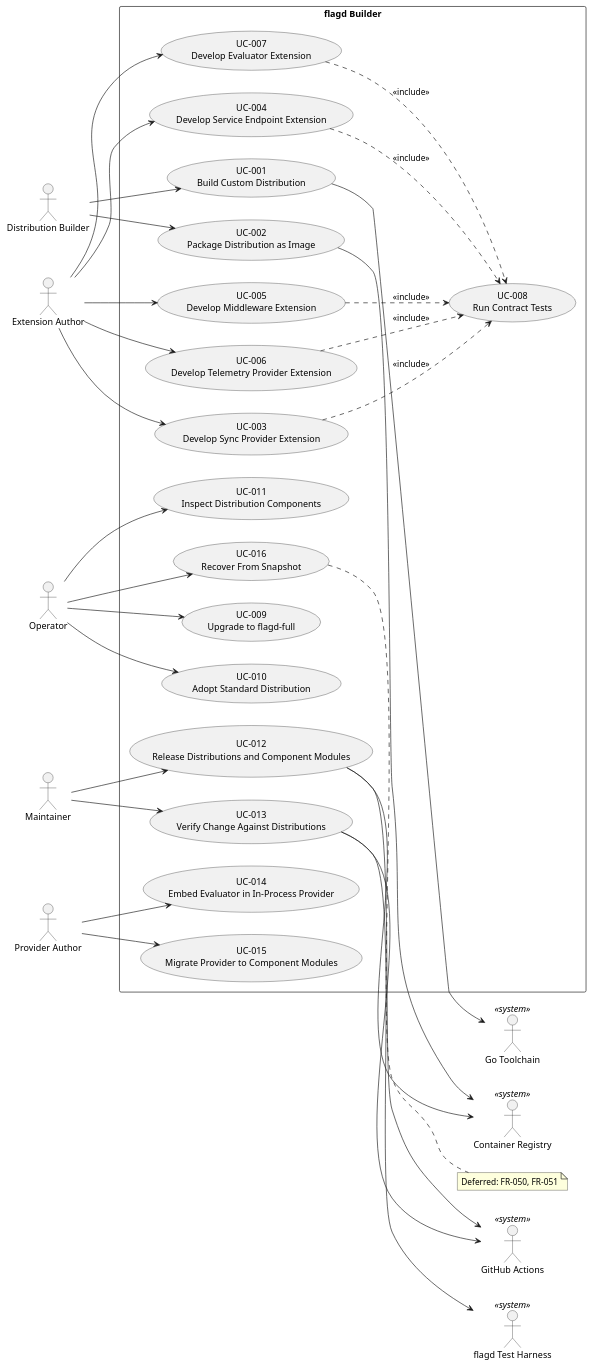
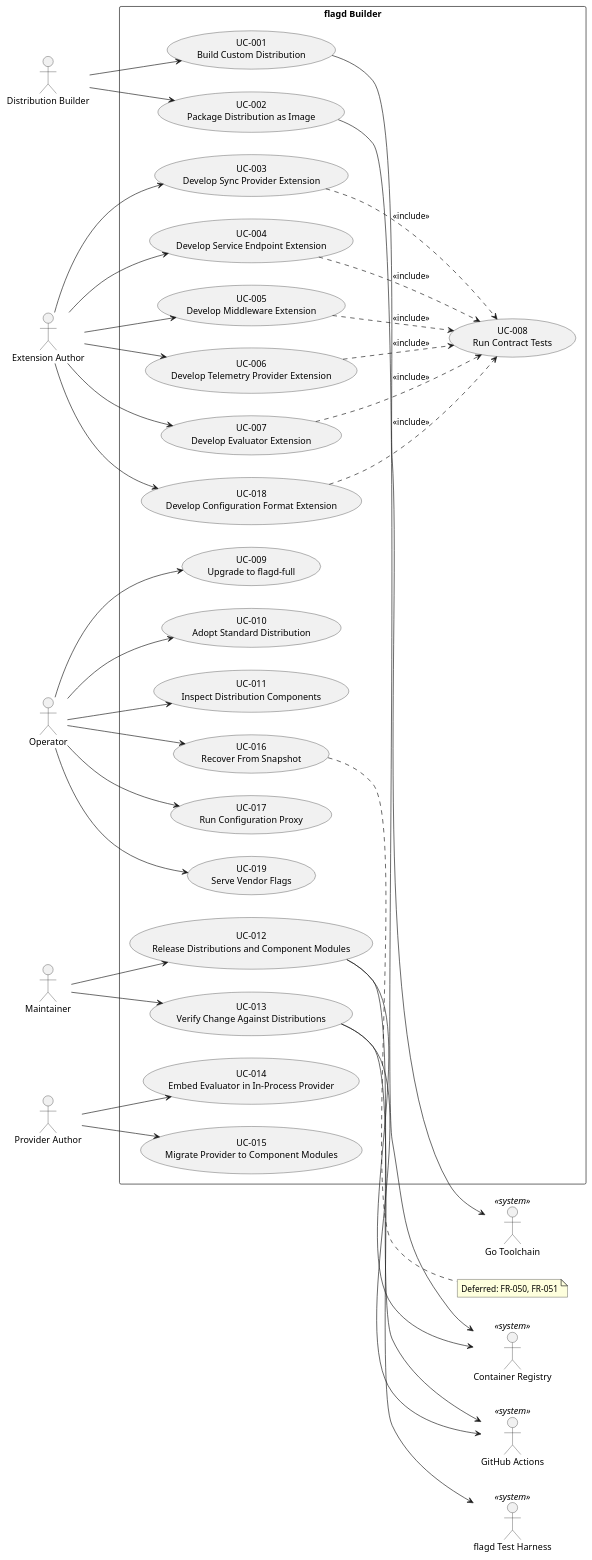
Before and after one commit to open-feature-forking/openfeature-relay: the diagram in docs/use_cases.puml, drawn with PlantUML. The commit also changed 3 other files, not shown here.

Commit message:
docs: add configuration proxy, endpoint combinations and configuration format component type

```diff
--- a/docs/use_cases.puml
+++ b/docs/use_cases.puml
@@ -1,76 +1,84 @@
 @startuml Use Cases Overview
 left to right direction
 
 actor "Distribution Builder" as builder
 actor "Extension Author" as author
 actor "Operator" as operator
 actor "Maintainer" as maintainer
 actor "Provider Author" as provider
 
 actor "Go Toolchain" as go <<system>>
 actor "Container Registry" as registry <<system>>
 actor "GitHub Actions" as ci <<system>>
 actor "flagd Test Harness" as harness <<system>>
 
 rectangle "flagd Builder" {
     usecase "UC-001\nBuild Custom Distribution" as UC001
     usecase "UC-002\nPackage Distribution as Image" as UC002
 
     usecase "UC-003\nDevelop Sync Provider Extension" as UC003
     usecase "UC-004\nDevelop Service Endpoint Extension" as UC004
     usecase "UC-005\nDevelop Middleware Extension" as UC005
     usecase "UC-006\nDevelop Telemetry Provider Extension" as UC006
     usecase "UC-007\nDevelop Evaluator Extension" as UC007
     usecase "UC-008\nRun Contract Tests" as UC008
 
     usecase "UC-009\nUpgrade to flagd-full" as UC009
     usecase "UC-010\nAdopt Standard Distribution" as UC010
     usecase "UC-011\nInspect Distribution Components" as UC011
 
     usecase "UC-012\nRelease Distributions and Component Modules" as UC012
     usecase "UC-013\nVerify Change Against Distributions" as UC013
 
     usecase "UC-014\nEmbed Evaluator in In-Process Provider" as UC014
     usecase "UC-015\nMigrate Provider to Component Modules" as UC015
 
     usecase "UC-016\nRecover From Snapshot" as UC016
+
+    usecase "UC-017\nRun Configuration Proxy" as UC017
+    usecase "UC-018\nDevelop Configuration Format Extension" as UC018
+    usecase "UC-019\nServe Vendor Flags" as UC019
 }
 
 builder --> UC001
 builder --> UC002
 
 author --> UC003
 author --> UC004
 author --> UC005
 author --> UC006
 author --> UC007
+author --> UC018
 
 UC003 ..> UC008 : <<include>>
 UC004 ..> UC008 : <<include>>
 UC005 ..> UC008 : <<include>>
 UC006 ..> UC008 : <<include>>
 UC007 ..> UC008 : <<include>>
+UC018 ..> UC008 : <<include>>
 
 operator --> UC009
 operator --> UC010
 operator --> UC011
 operator --> UC016
+operator --> UC017
+operator --> UC019
 
 maintainer --> UC012
 maintainer --> UC013
 
 provider --> UC014
 provider --> UC015
 
 UC001 --> go
 UC002 --> registry
 UC012 --> ci
 UC012 --> registry
 UC013 --> ci
 UC013 --> harness
 
 note right of UC016
   Deferred: FR-050, FR-051
 end note
 
 @enduml
```
